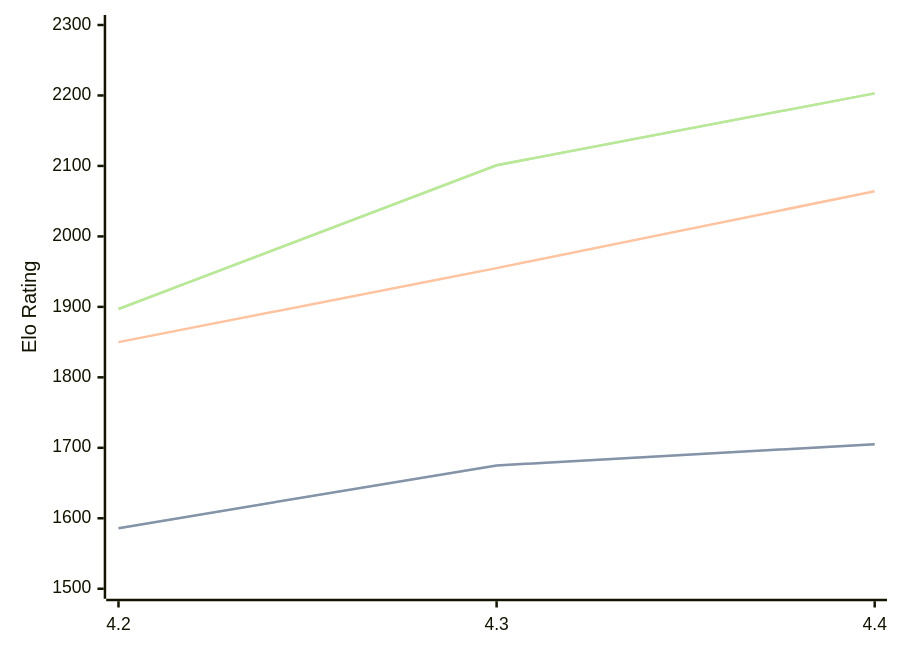
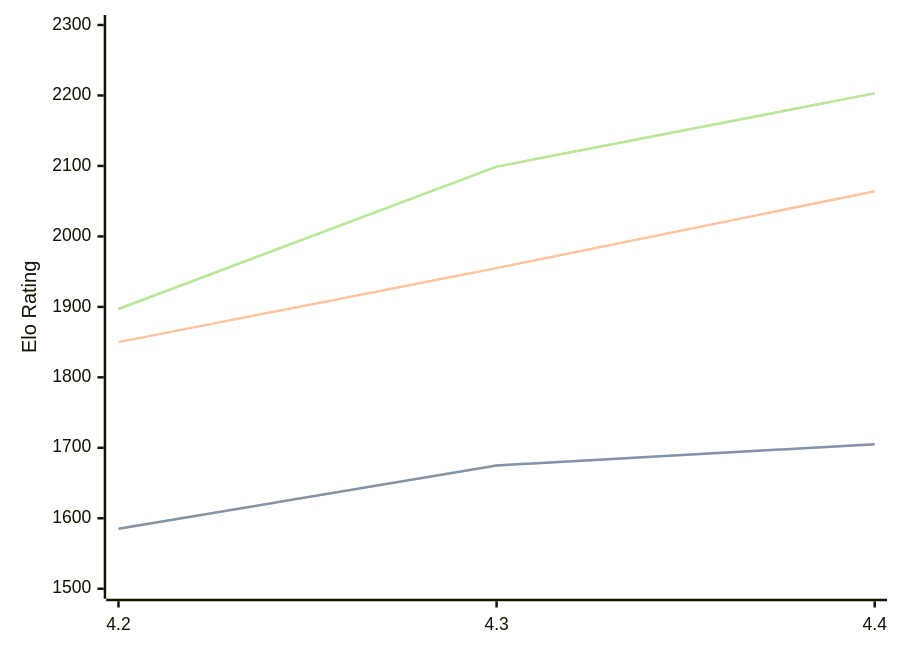
The diagram in engines/Radiance.md (computer-chess-index/cci), drawn with Mermaid before and after one commit. The commit also changed other lines of this file, not shown here.

Commit message:
Update CCI Ratings (ELO VLTC) - 2026-09-17

````diff
--- a/engines/Radiance.md
+++ b/engines/Radiance.md
@@ -33,11 +33,11 @@
 ```mermaid
 %%{init: {"theme":"base","themeVariables":{"seriesColors:['#a3a3a3','#222221','#faa371']}}}%%
 xychart-beta
   x-axis ["4.2", "4.3", "4.4"]
   y-axis "Elo Rating" 1500 --> 2300
-  line "" [1586, 1675, 1705]
-  line "STC (8.0+0.08s)" [1586, 1675, 1705]
+  line "" [1585, 1675, 1705]
+  line "STC (8.0+0.08s)" [1585, 1675, 1705]
   line "LTC (60.0+0.60s)" [1850, 1955, 2064]
-  line "" [1897, 2101, 2203]
-  line "VLTC (2m24s+1.12s)" [1897, 2101, 2203]
+  line "" [1897, 2099, 2203]
+  line "VLTC (2m24s+1.12s)" [1897, 2099, 2203]
 ```
````
